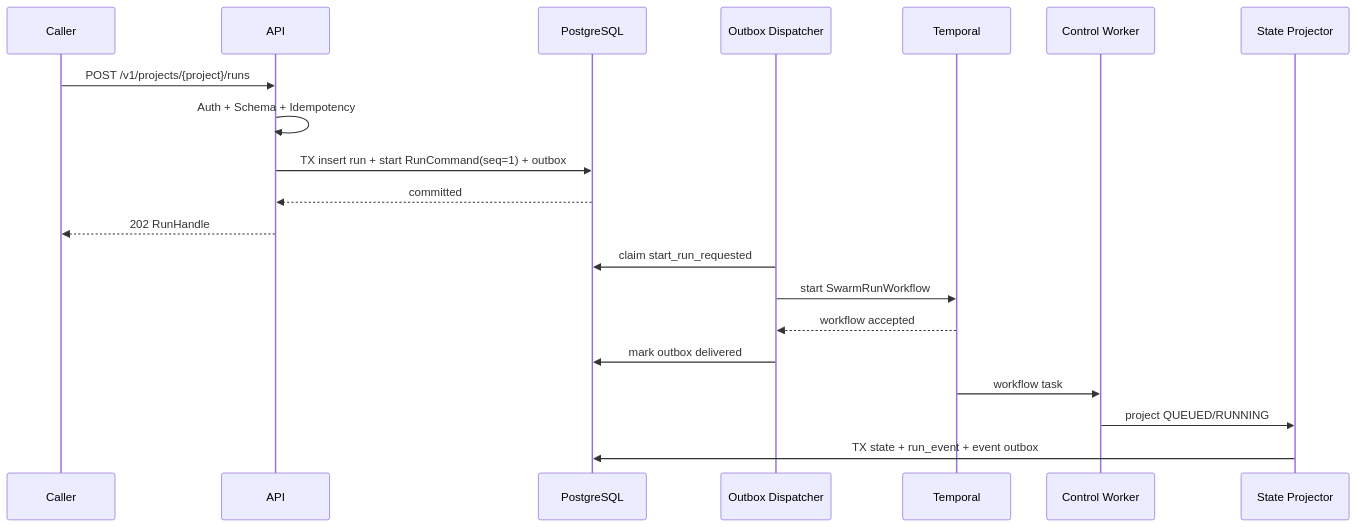
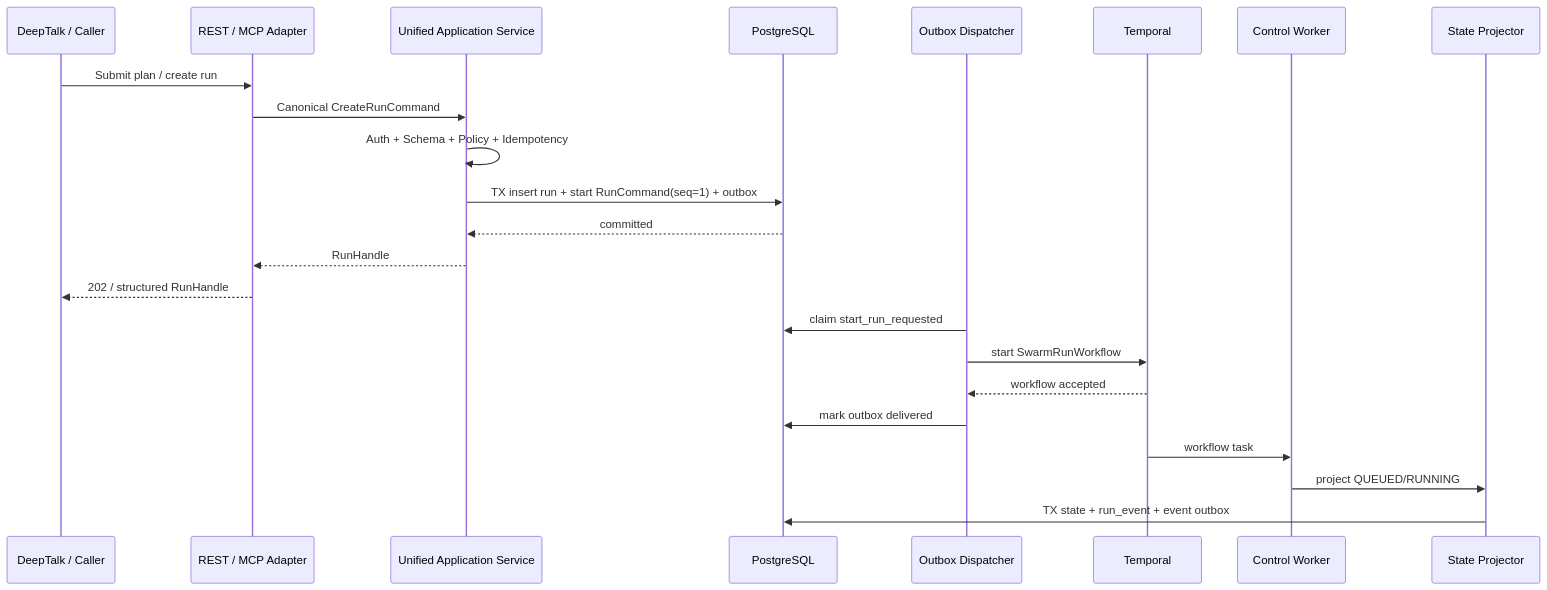
Before and after one commit to BlueX888/SwarmCore: the fifth of 7 diagrams in docs/swarmcore-system-design.md, drawn with Mermaid. The commit also changed other lines of this file and 18 other files, not shown here.

```diff
--- a/docs/swarmcore-system-design.md
+++ b/docs/swarmcore-system-design.md
@@ -725,23 +750,26 @@
 ~~~mermaid
 sequenceDiagram
-    participant C as Caller
-    participant A as API
+    participant C as DeepTalk / Caller
+    participant I as REST / MCP Adapter
+    participant A as Unified Application Service
     participant DB as PostgreSQL
     participant D as Outbox Dispatcher
     participant T as Temporal
     participant W as Control Worker
     participant P as State Projector
 
-    C->>A: POST /v1/projects/{project}/runs
-    A->>A: Auth + Schema + Idempotency
+    C->>I: Submit plan / create run
+    I->>A: Canonical CreateRunCommand
+    A->>A: Auth + Schema + Policy + Idempotency
     A->>DB: TX insert run + start RunCommand(seq=1) + outbox
     DB-->>A: committed
-    A-->>C: 202 RunHandle
+    A-->>I: RunHandle
+    I-->>C: 202 / structured RunHandle
     D->>DB: claim start_run_requested
     D->>T: start SwarmRunWorkflow
     T-->>D: workflow accepted
     D->>DB: mark outbox delivered
     T->>W: workflow task
     W->>P: project QUEUED/RUNNING
     P->>DB: TX state + run_event + event outbox
 ~~~
```
